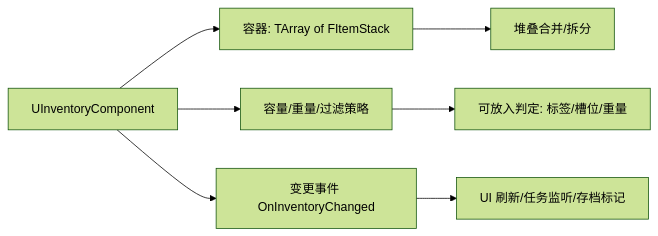
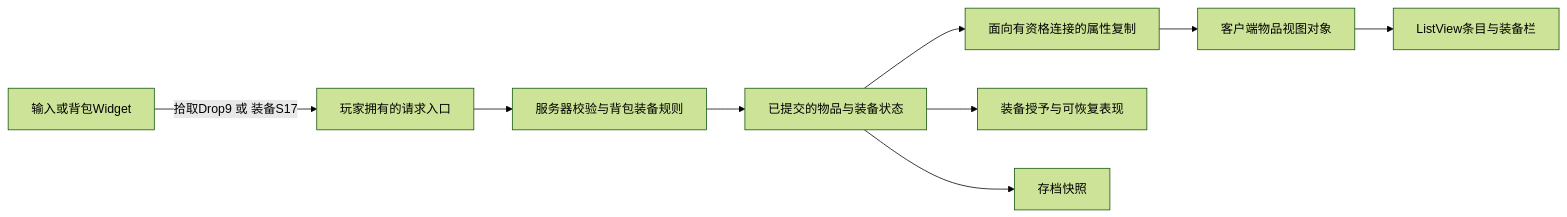
One commit to fantuan812/learning changed the second of 2 diagrams in 知识/05-Gameplay与交互系统/背包装备与存档/13-背包与装备系统.md. Above: the diagram before and after it, drawn with Mermaid (forest theme). The commit also changed other lines of this file and 2 other files, not shown here.

````diff
--- a/知识/05-Gameplay与交互系统/背包装备与存档/13-背包与装备系统.md
+++ b/知识/05-Gameplay与交互系统/背包装备与存档/13-背包与装备系统.md
@@ -86,9 +227,11 @@
 ```mermaid
 flowchart LR
-    A[UInventoryComponent] --> B[容器: TArray of FItemStack]
-    A --> C[容量/重量/过滤策略]
-    A --> D[变更事件 OnInventoryChanged]
-    B --> E[堆叠合并/拆分]
-    C --> F[可放入判定: 标签/槽位/重量]
-    D --> G[UI 刷新/任务监听/存档标记]
+    A[输入或背包Widget] -->|拾取Drop9 或 装备S17| B[玩家拥有的请求入口]
+    B --> C[服务器校验与背包装备规则]
+    C --> D[已提交的物品与装备状态]
+    D --> E[面向有资格连接的属性复制]
+    E --> F[客户端物品视图对象]
+    F --> G[ListView条目与装备栏]
+    D --> H[装备授予与可恢复表现]
+    D --> I[存档快照]
 ```
````
